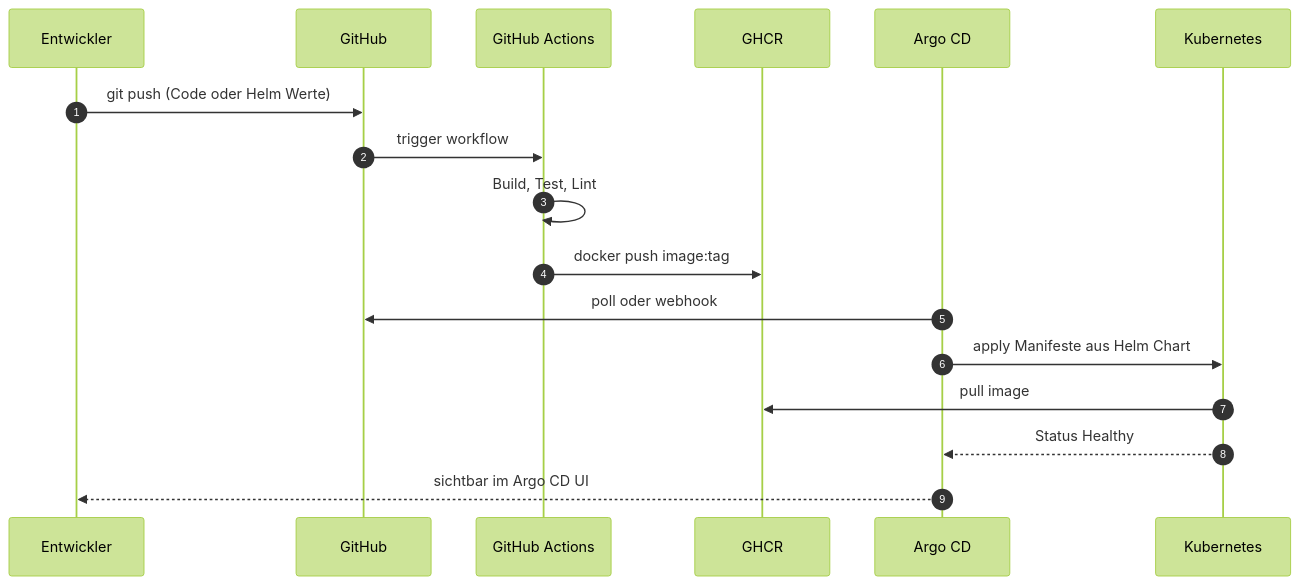
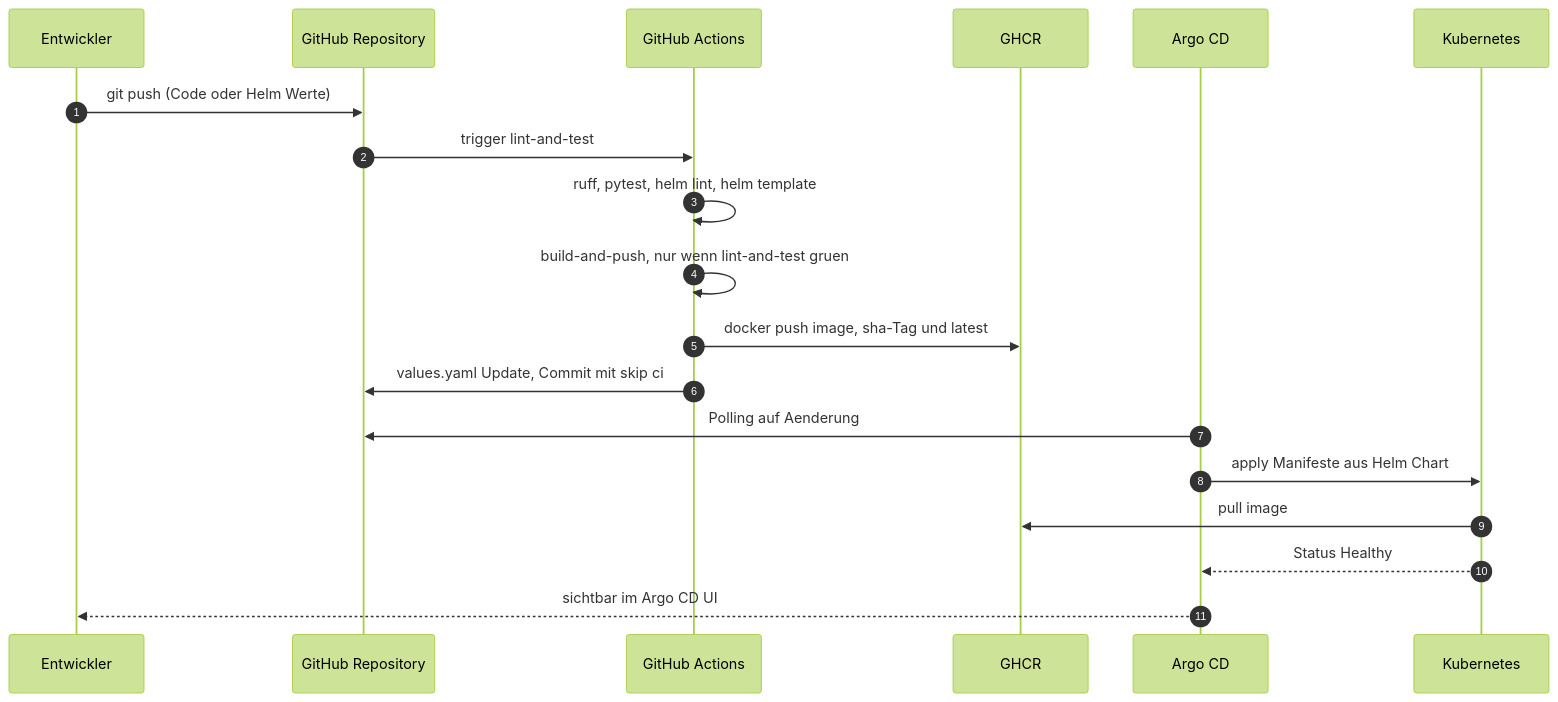
Before and after one commit to Cancani/gitops-platform-semesterarbeit5: the second of 2 diagrams in README.md, drawn with Mermaid (forest theme). The commit also changed other lines of this file, not shown here.

First line of the commit message:
docs(readme): diagramme und struktur korrigiert

````diff
--- a/README.md
+++ b/README.md
@@ -97,20 +98,22 @@
 ```mermaid
 sequenceDiagram
     autonumber
     participant Dev as Entwickler
-    participant Git as GitHub
+    participant Git as GitHub Repository
     participant CI as GitHub Actions
     participant Reg as GHCR
     participant Argo as Argo CD
     participant K8s as Kubernetes
 
     Dev->>Git: git push (Code oder Helm Werte)
-    Git->>CI: trigger workflow
-    CI->>CI: Build, Test, Lint
-    CI->>Reg: docker push image:tag
-    Argo->>Git: poll oder webhook
+    Git->>CI: trigger lint-and-test
+    CI->>CI: ruff, pytest, helm lint, helm template
+    CI->>CI: build-and-push, nur wenn lint-and-test gruen
+    CI->>Reg: docker push image, sha-Tag und latest
+    CI->>Git: values.yaml Update, Commit mit skip ci
+    Argo->>Git: Polling auf Aenderung
     Argo->>K8s: apply Manifeste aus Helm Chart
     K8s->>Reg: pull image
     K8s-->>Argo: Status Healthy
     Argo-->>Dev: sichtbar im Argo CD UI
 ```
````
